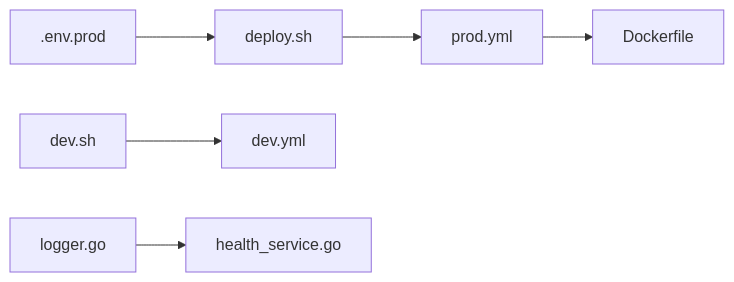
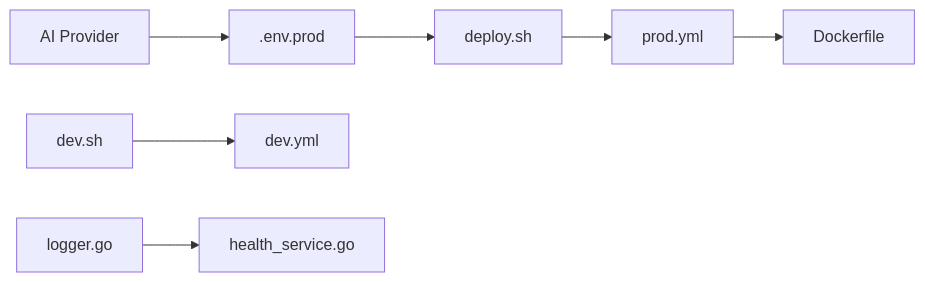
The eighth of 8 diagrams in .qoder/repowiki/zh/content/部署与运维/部署与运维.md (hrygo/memos), drawn with Mermaid before and after one commit. The commit also changed other lines of this file and 29 other files, not shown here.

````diff
--- a/.qoder/repowiki/zh/content/部署与运维/部署与运维.md
+++ b/.qoder/repowiki/zh/content/部署与运维/部署与运维.md
@@ -366,8 +380,9 @@
 ```mermaid
 graph LR
 ENV[".env.prod"] --> SH["deploy.sh"]
 SH --> COM["prod.yml"]
 COM --> IMG["Dockerfile"]
 DEV["dev.sh"] --> DEVYML["dev.yml"]
 LOG["logger.go"] --> SVC["health_service.go"]
+AI["AI Provider"] --> ENV
 ```
````
